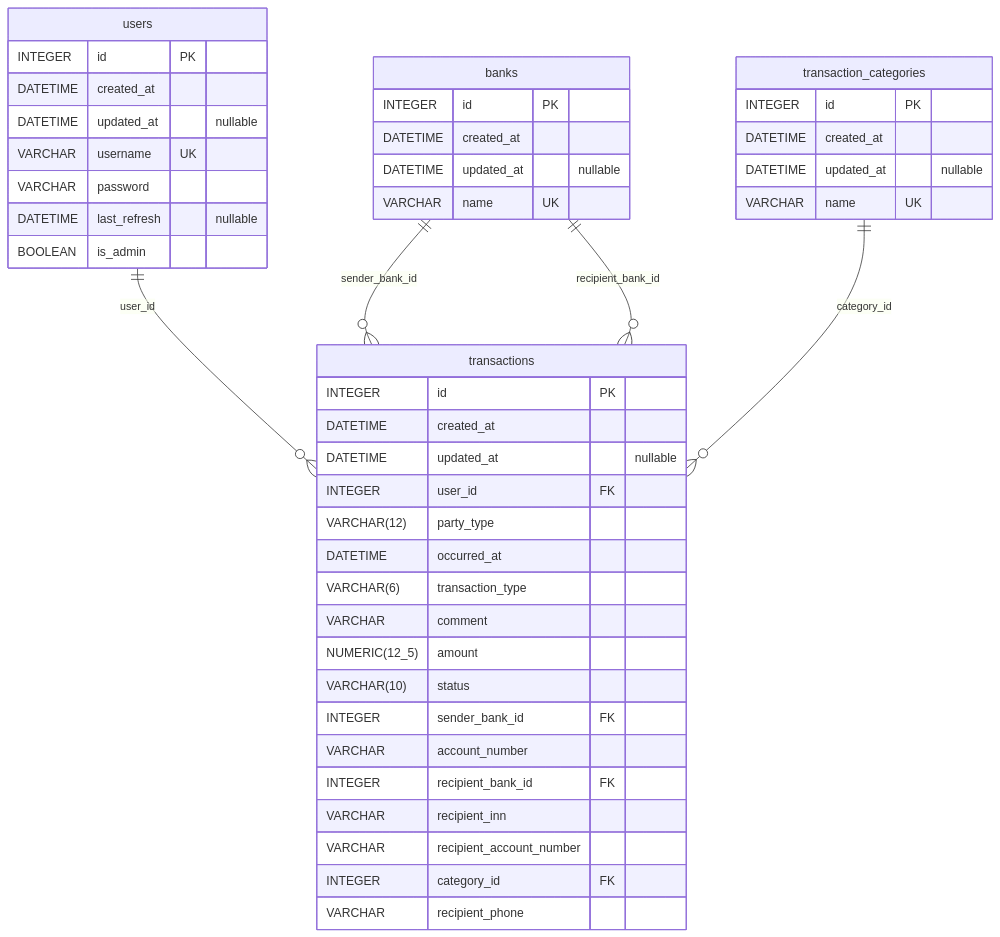
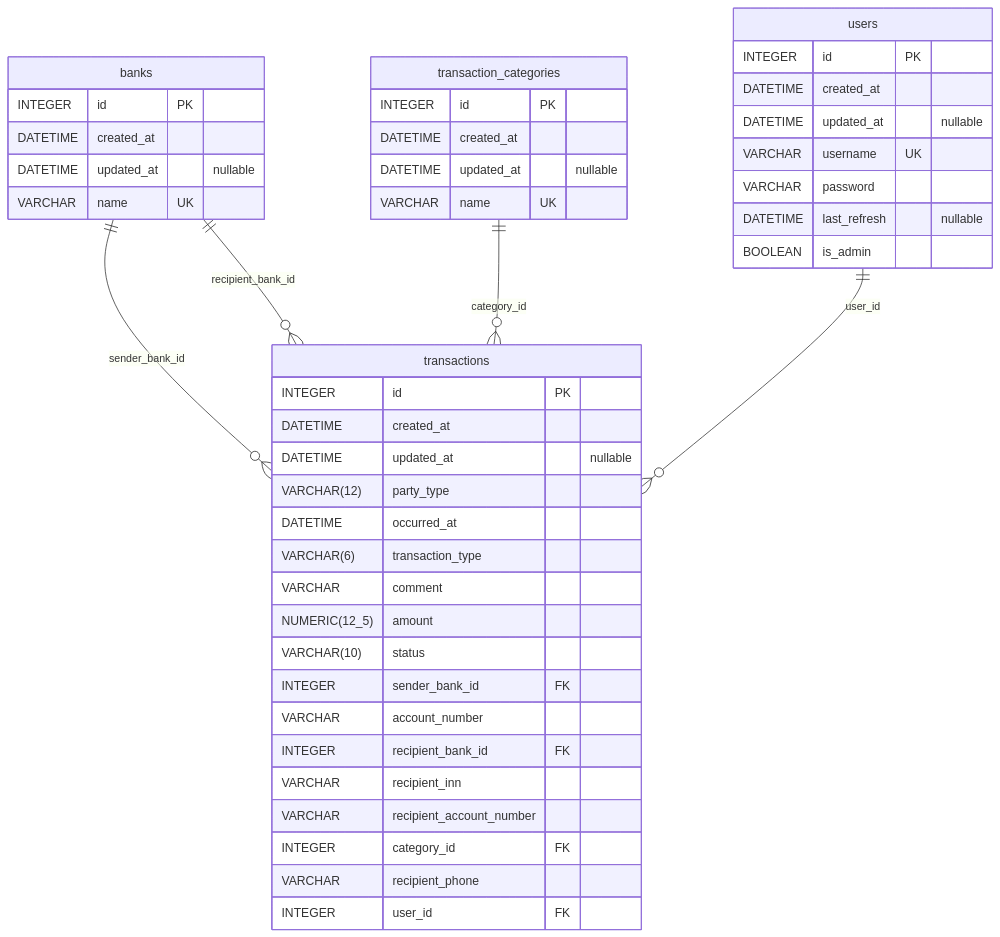
Before and after one commit to dzherb/mifi-finances: the diagram in README.md, drawn with Mermaid. The commit also changed other lines of this file and 4 other files, not shown here.

````diff
--- a/README.md
+++ b/README.md
@@ -8,52 +8,52 @@
 ```mermaid
 erDiagram
   users {
     INTEGER id PK
     DATETIME created_at
     DATETIME updated_at "nullable"
     VARCHAR username UK
     VARCHAR password
     DATETIME last_refresh "nullable"
     BOOLEAN is_admin
   }
 
   transaction_categories {
     INTEGER id PK
     DATETIME created_at
     DATETIME updated_at "nullable"
     VARCHAR name UK
   }
 
   transactions {
     INTEGER id PK
     DATETIME created_at
     DATETIME updated_at "nullable"
-    INTEGER user_id FK
     VARCHAR(12) party_type
     DATETIME occurred_at
     VARCHAR(6) transaction_type
     VARCHAR comment
     NUMERIC(12_5) amount
     VARCHAR(10) status
     INTEGER sender_bank_id FK
     VARCHAR account_number
     INTEGER recipient_bank_id FK
     VARCHAR recipient_inn
     VARCHAR recipient_account_number
     INTEGER category_id FK
     VARCHAR recipient_phone
+    INTEGER user_id FK
   }
 
   banks {
     INTEGER id PK
     DATETIME created_at
     DATETIME updated_at "nullable"
     VARCHAR name UK
   }
 
-  users ||--o{ transactions : user_id
   banks ||--o{ transactions : sender_bank_id
   banks ||--o{ transactions : recipient_bank_id
   transaction_categories ||--o{ transactions : category_id
+  users ||--o{ transactions : user_id
 
 ```
````
